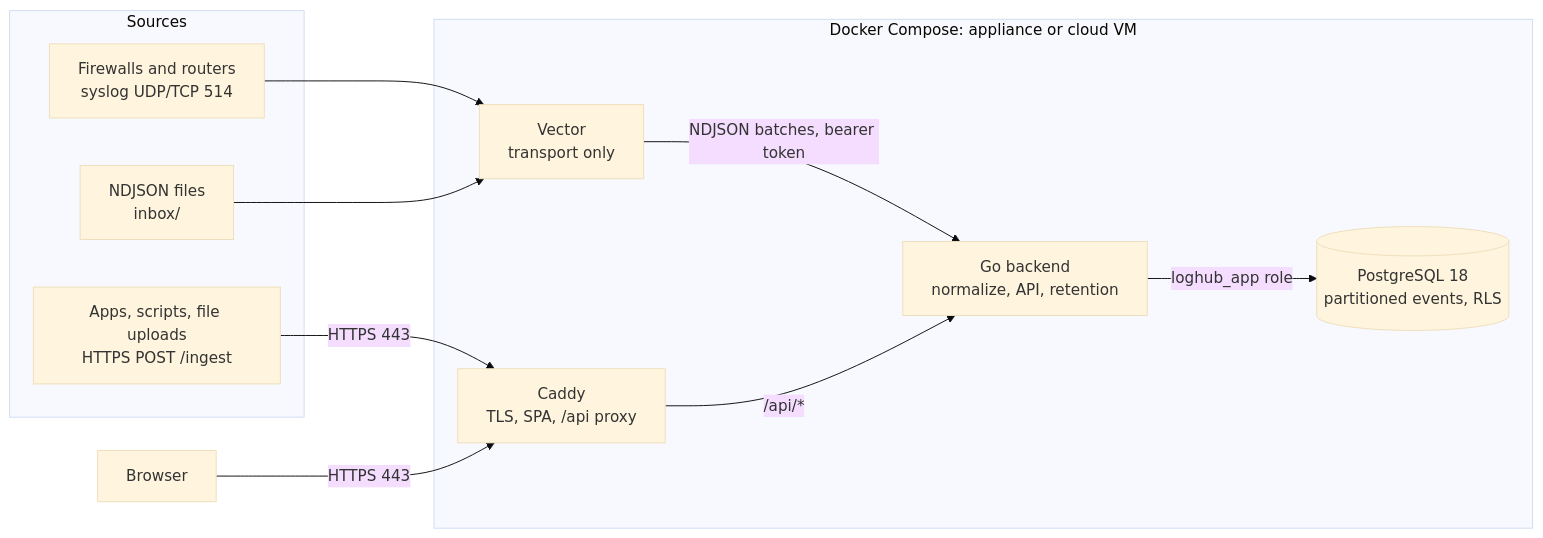
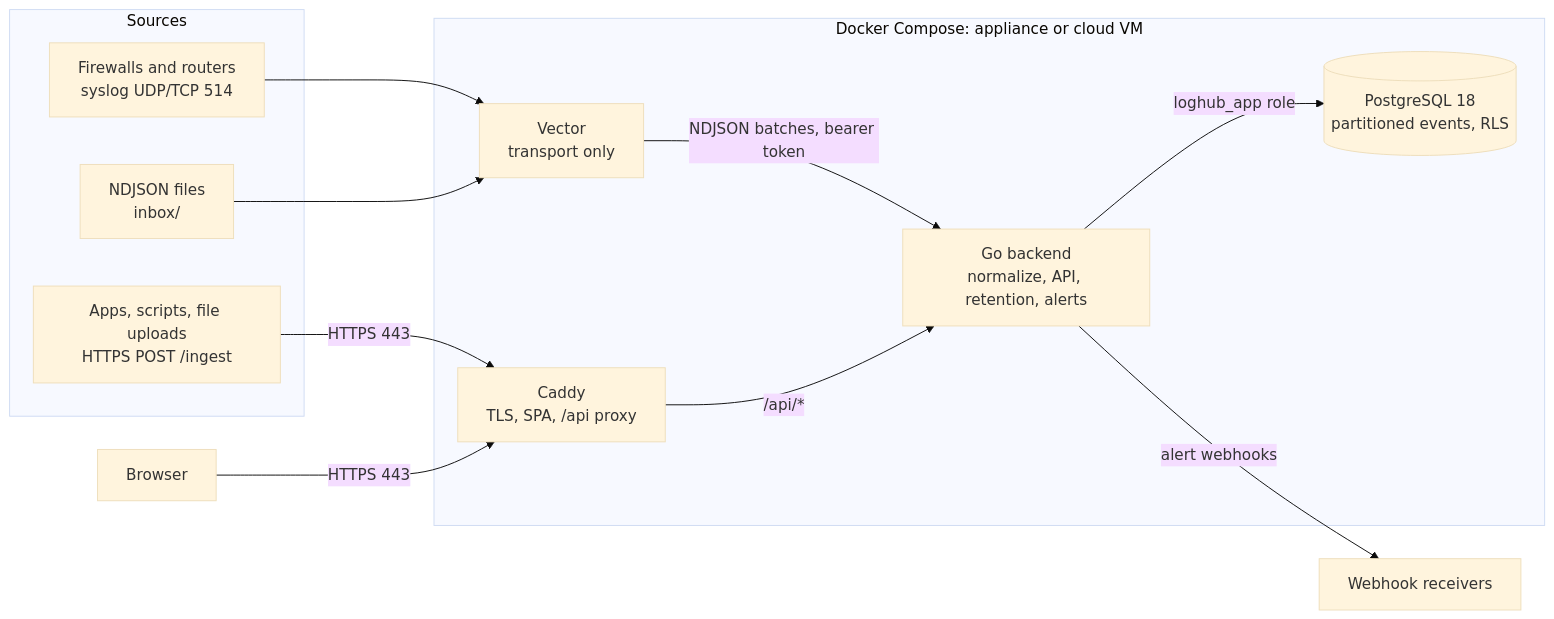
The first of 2 diagrams in docs/architecture.md (mairuu/loghub), drawn with Mermaid (base theme) before and after one commit. The commit also changed other lines of this file and 4 other files, not shown here.

````diff
--- a/docs/architecture.md
+++ b/docs/architecture.md
@@ -7,23 +7,24 @@
 ```mermaid
 flowchart LR
   subgraph Sources
     FW["Firewalls and routers<br/>syslog UDP/TCP 514"]
     FILES["NDJSON files<br/>inbox/"]
     APPS["Apps, scripts, file uploads<br/>HTTPS POST /ingest"]
   end
 
   subgraph Stack["Docker Compose: appliance or cloud VM"]
     VEC["Vector<br/>transport only"]
     CADDY["Caddy<br/>TLS, SPA, /api proxy"]
-    BE["Go backend<br/>normalize, API, retention"]
+    BE["Go backend<br/>normalize, API, retention, alerts"]
     PG[("PostgreSQL 18<br/>partitioned events, RLS")]
   end
 
   USER[Browser] -->|HTTPS 443| CADDY
   APPS -->|HTTPS 443| CADDY
   FW --> VEC
   FILES --> VEC
   VEC -->|"NDJSON batches, bearer token"| BE
   CADDY -->|"/api/*"| BE
   BE -->|"loghub_app role"| PG
+  BE -->|"alert webhooks"| HOOK["Webhook receivers"]
 ```
````
